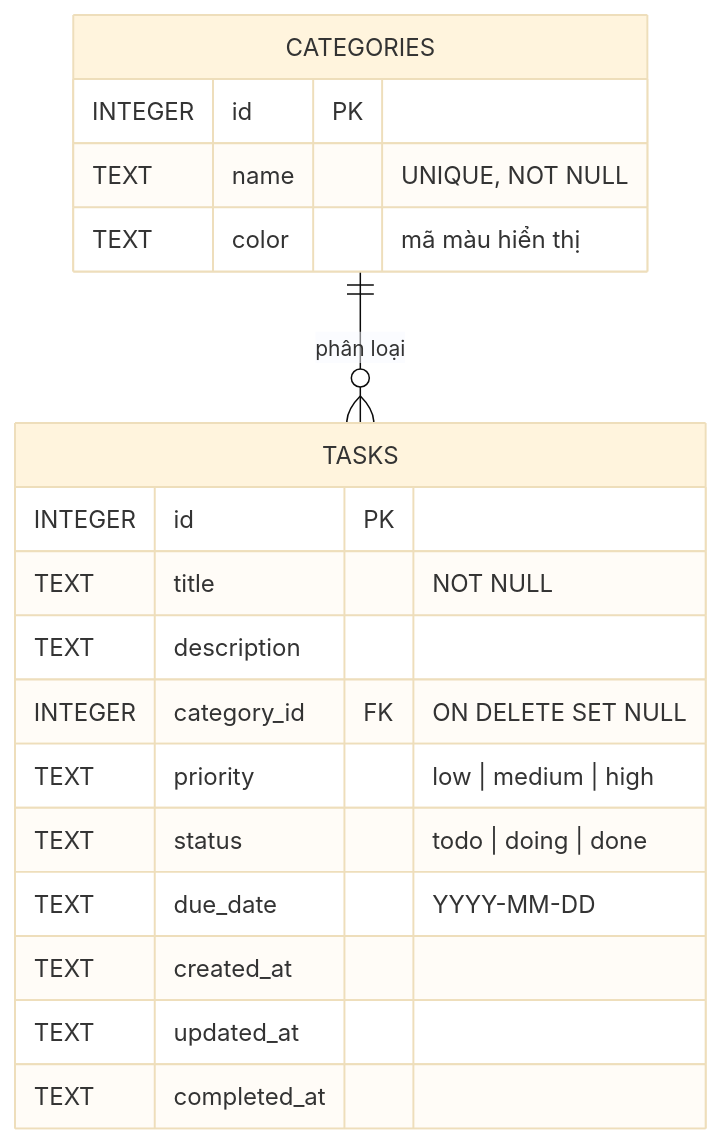
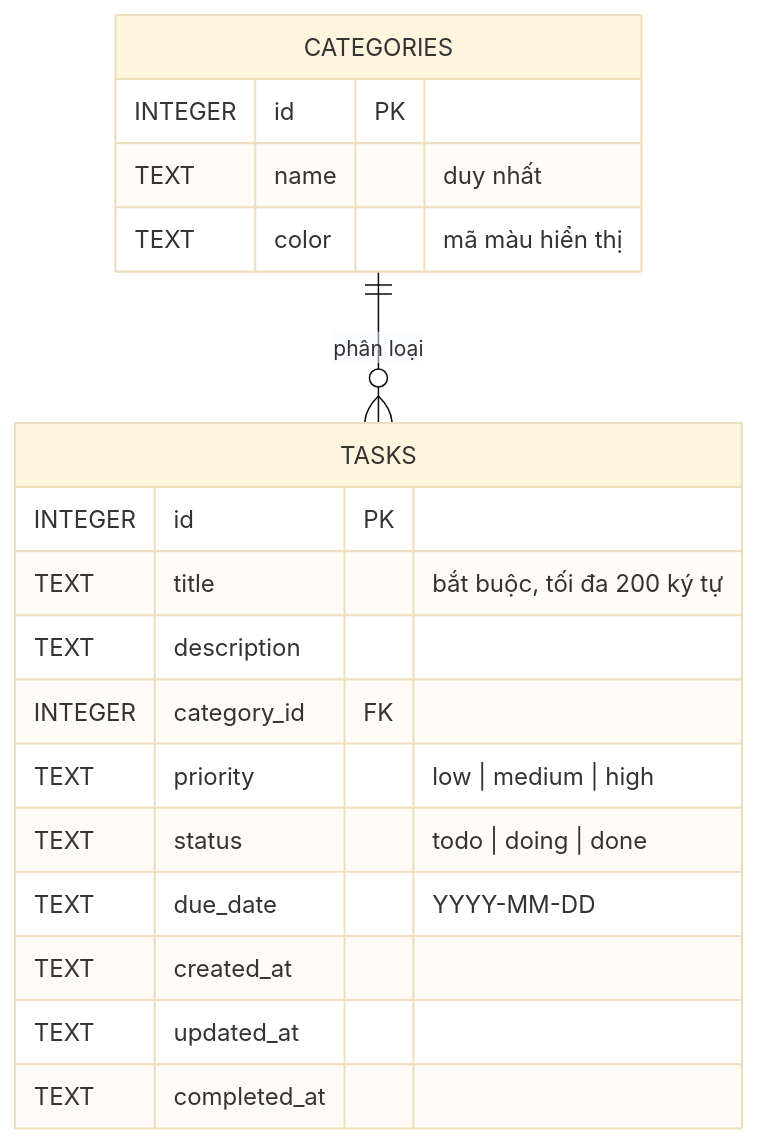
The diagram in README.md (nganhue2602/todo-app), drawn with Mermaid (base theme) before and after one commit. The commit also changed other lines of this file and 5 other files, not shown here.

````diff
--- a/README.md
+++ b/README.md
@@ -84,21 +49,21 @@
 ```mermaid
 erDiagram
     CATEGORIES ||--o{ TASKS : "phân loại"
     CATEGORIES {
         INTEGER id PK
-        TEXT name "UNIQUE, NOT NULL"
+        TEXT name "duy nhất"
         TEXT color "mã màu hiển thị"
     }
     TASKS {
         INTEGER id PK
-        TEXT title "NOT NULL"
+        TEXT title "bắt buộc, tối đa 200 ký tự"
         TEXT description
-        INTEGER category_id FK "ON DELETE SET NULL"
+        INTEGER category_id FK
         TEXT priority "low | medium | high"
         TEXT status "todo | doing | done"
         TEXT due_date "YYYY-MM-DD"
         TEXT created_at
         TEXT updated_at
         TEXT completed_at
     }
 ```
````
